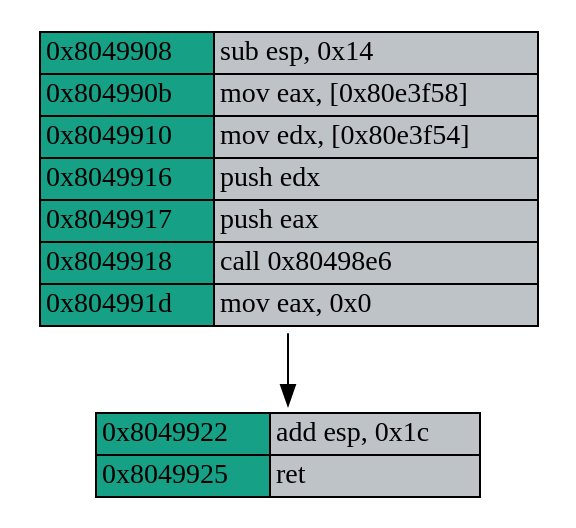
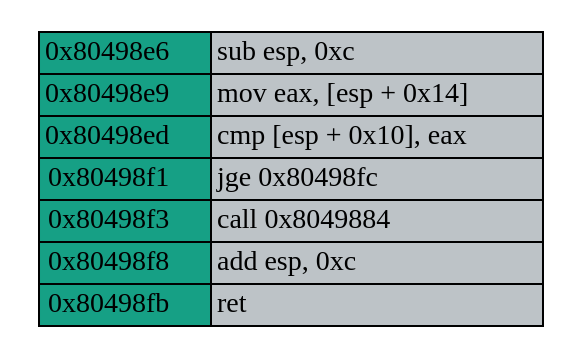
One commit to Nicolnegg/researh changed the diagram in VM/tools-paper/Examples/example-minus-a<b/function_cfg.dot. Above: the diagram before and after it, drawn with Graphviz. The commit also changed 57 other files, not shown here.

```diff
--- a/VM/tools-paper/Examples/example-minus-a<b/function_cfg.dot
+++ b/VM/tools-paper/Examples/example-minus-a<b/function_cfg.dot
@@ -1,22 +1,16 @@
 digraph G {
   node [shape=plaintext, ];
-  598651999 [label=<<table border="0" cellspacing="0">
-<tr><td border="1" bgcolor="#16a085">0x8049908</td><td border="1" bgcolor="#bdc3c7" align="left">sub esp, 0x14</td></tr>
-<tr><td border="1" bgcolor="#16a085">0x804990b</td><td border="1" bgcolor="#bdc3c7" align="left">mov eax, [0x80e3f58]</td></tr>
-<tr><td border="1" bgcolor="#16a085">0x8049910</td><td border="1" bgcolor="#bdc3c7" align="left">mov edx, [0x80e3f54]</td></tr>
-<tr><td border="1" bgcolor="#16a085">0x8049916</td><td border="1" bgcolor="#bdc3c7" align="left">push edx</td></tr>
-<tr><td border="1" bgcolor="#16a085">0x8049917</td><td border="1" bgcolor="#bdc3c7" align="left">push eax</td></tr>
-<tr><td border="1" bgcolor="#16a085">0x8049918</td><td border="1" bgcolor="#bdc3c7" align="left">call 0x80498e6</td></tr>
-<tr><td border="1" bgcolor="#16a085">0x804991d</td><td border="1" bgcolor="#bdc3c7" align="left">mov eax, 0x0</td></tr>
+  937280693 [label=<<table border="0" cellspacing="0">
+<tr><td border="1" bgcolor="#16a085">0x80498e6</td><td border="1" bgcolor="#bdc3c7" align="left">sub esp, 0xc</td></tr>
+<tr><td border="1" bgcolor="#16a085">0x80498e9</td><td border="1" bgcolor="#bdc3c7" align="left">mov eax, [esp + 0x14]</td></tr>
+<tr><td border="1" bgcolor="#16a085">0x80498ed</td><td border="1" bgcolor="#bdc3c7" align="left">cmp [esp + 0x10], eax</td></tr>
+<tr><td border="1" bgcolor="#16a085">0x80498f1</td><td border="1" bgcolor="#bdc3c7" align="left">jge 0x80498fc</td></tr>
+<tr><td border="1" bgcolor="#16a085">0x80498f3</td><td border="1" bgcolor="#bdc3c7" align="left">call 0x8049884</td></tr>
+<tr><td border="1" bgcolor="#16a085">0x80498f8</td><td border="1" bgcolor="#bdc3c7" align="left">add esp, 0xc</td></tr>
+<tr><td border="1" bgcolor="#16a085">0x80498fb</td><td border="1" bgcolor="#bdc3c7" align="left">ret</td></tr>
 </table>>,
              ];
-  1026807040 [label=<<table border="0" cellspacing="0">
-<tr><td border="1" bgcolor="#16a085">0x8049922</td><td border="1" bgcolor="#bdc3c7" align="left">add esp, 0x1c</td></tr>
-<tr><td border="1" bgcolor="#16a085">0x8049925</td><td border="1" bgcolor="#bdc3c7" align="left">ret</td></tr>
-</table>>,
-              ];
   
   
-  598651999 -> 1026807040 [minlen=1, ];
   
   }
```
